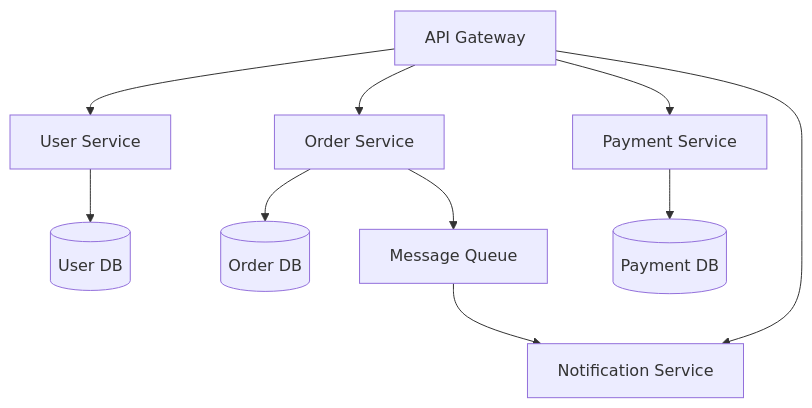
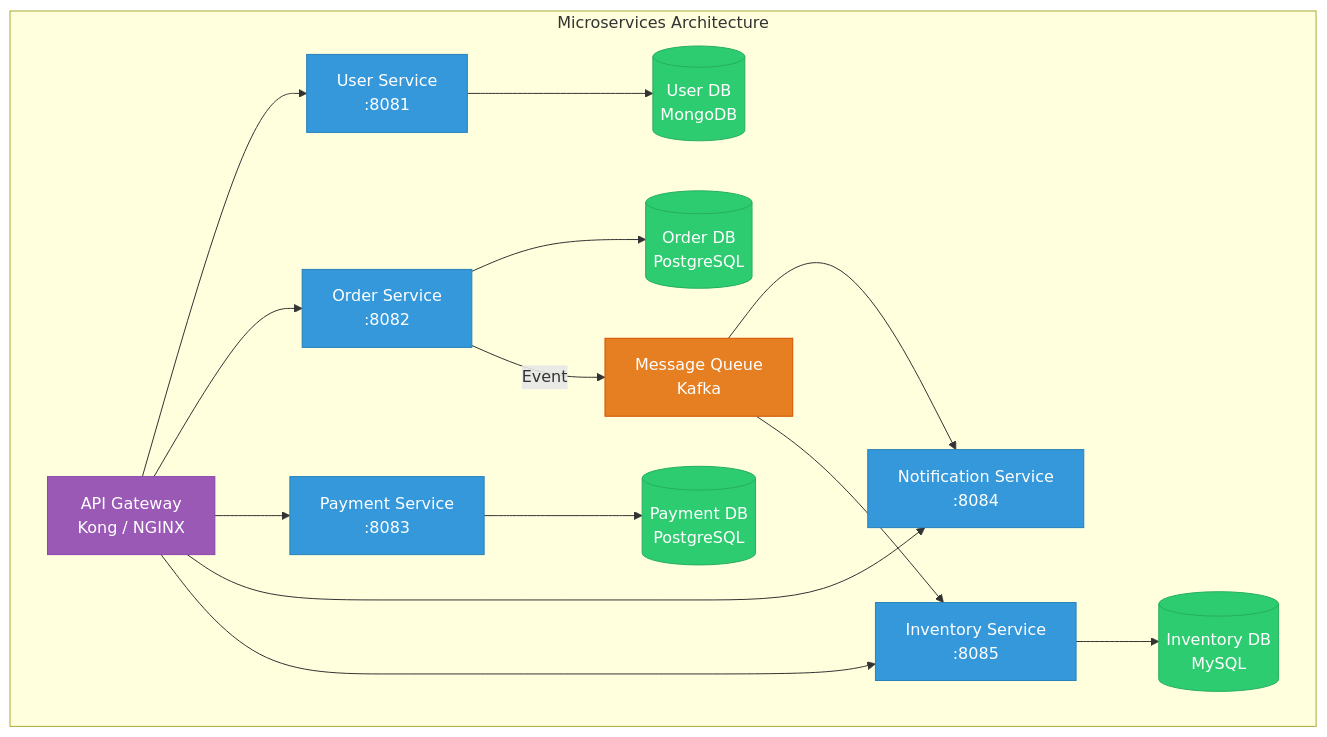
Before and after one commit to Raushan666java/ai-engineering-journey: the fifth of 9 diagrams in docs/courses/software-engineering/04-architectural-design.md, drawn with Mermaid. The commit also changed other lines of this file and 15 other files, not shown here.

Commit message:
deploy: software-engineering overhaul - 16 chapters expanded to avg 1284L (+7649L), richer Mermaid, more TS, deeper content

````diff
--- a/docs/courses/software-engineering/04-architectural-design.md
+++ b/docs/courses/software-engineering/04-architectural-design.md
@@ -209,12 +250,27 @@
 ```mermaid
 graph TD
-    GW[API Gateway] --> US[User Service]
-    GW --> OS[Order Service]
-    GW --> PS[Payment Service]
-    GW --> NS[Notification Service]
-    US --> UDB[(User DB)]
-    OS --> ODB[(Order DB)]
-    PS --> PDB[(Payment DB)]
-    OS --> MQ[Message Queue]
-    MQ --> NS
+    subgraph "Microservices Architecture"
+        GW[API Gateway<br/>Kong / NGINX]
+        GW --> US[User Service<br/>:8081]
+        GW --> OS[Order Service<br/>:8082]
+        GW --> PS[Payment Service<br/>:8083]
+        GW --> NS[Notification Service<br/>:8084]
+        GW --> IS[Inventory Service<br/>:8085]
+        US --> UDB[(User DB<br/>MongoDB)]
+        OS --> ODB[(Order DB<br/>PostgreSQL)]
+        PS --> PDB[(Payment DB<br/>PostgreSQL)]
+        IS --> IDB[(Inventory DB<br/>MySQL)]
+        OS -->|Event| MQ[Message Queue<br/>Kafka]
+        MQ --> NS
+        MQ --> IS
+    end
+
+    classDef gw fill:#9b59b6,stroke:#8e44ad,color:#fff
+    classDef svc fill:#3498db,stroke:#2980b9,color:#fff
+    classDef db fill:#2ecc71,stroke:#27ae60,color:#fff
+    classDef mq fill:#e67e22,stroke:#d35400,color:#fff
+    class GW gw
+    class US,OS,PS,NS,IS svc
+    class UDB,ODB,PDB,IDB db
+    class MQ mq
 ```
````
